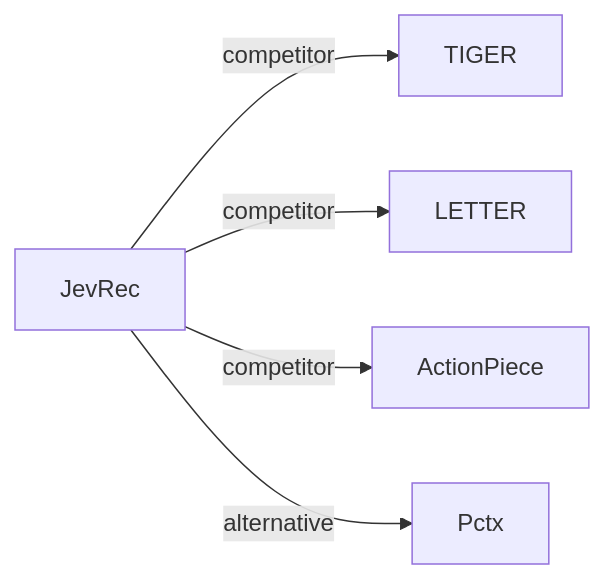
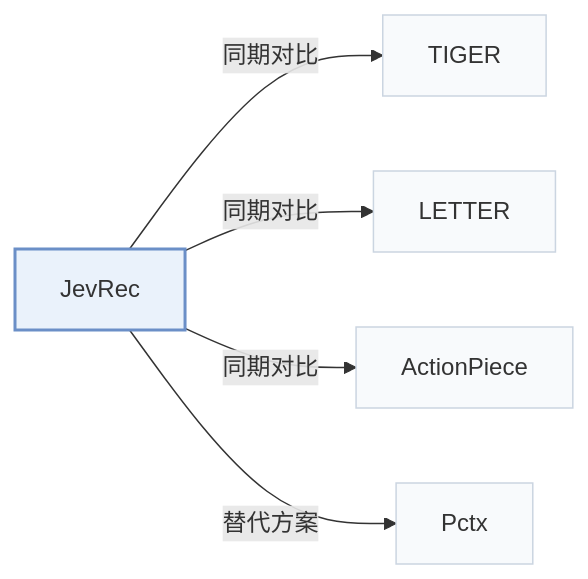
One commit to Galaxy-ghost/Awesome-SID-Generative-Rec changed the second of 2 diagrams in pages/zh/papers/jevrec.md. Above: the diagram before and after it, drawn with Mermaid. The commit also changed other lines of this file and 649 other files, not shown here.

Commit message:
writer-05: also tags and modality index (schema, check, build, visuals); summary field removed; calibration data for 12 papers

````diff
--- a/pages/zh/papers/jevrec.md
+++ b/pages/zh/papers/jevrec.md
@@ -69,8 +74,12 @@
 ```mermaid
 flowchart LR
     P["JevRec"]
-    P -->|competitor| A["TIGER"]
-    P -->|competitor| B["LETTER"]
-    P -->|competitor| C["ActionPiece"]
-    P -->|alternative| D["Pctx"]
+    P -->|"同期对比"| A["TIGER"]
+    P -->|"同期对比"| B["LETTER"]
+    P -->|"同期对比"| C["ActionPiece"]
+    P -->|"替代方案"| D["Pctx"]
+    classDef main fill:#eaf2fb,stroke:#6b8fc7,stroke-width:2px
+    classDef peer fill:#f8fafc,stroke:#cbd5e1
+    class P main
+    class A,B,C,D peer
 ```
````
